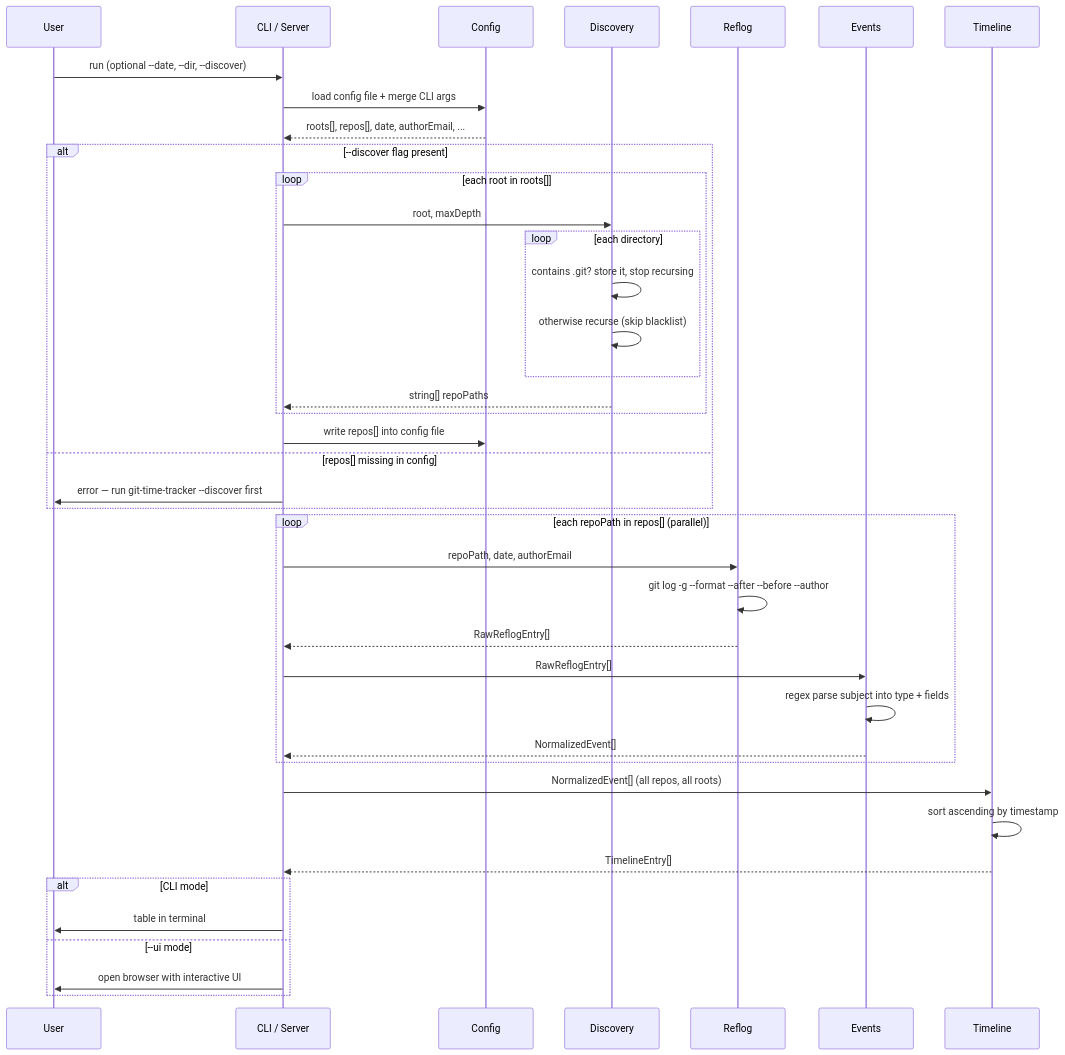
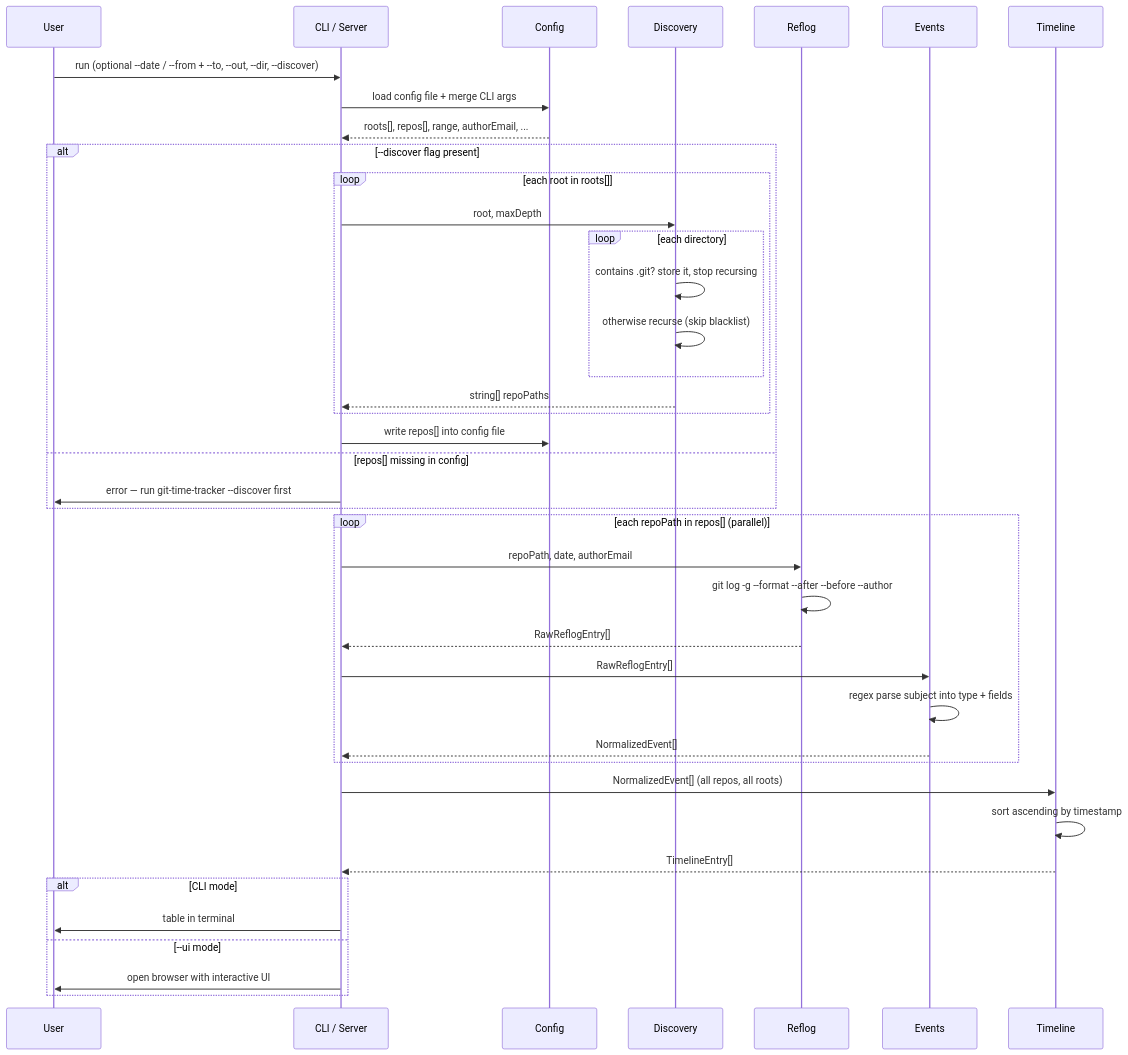
Before and after one commit to pilniczek/git-time-tracker: the third of 4 diagrams in git-time-tracker-architecture.md, drawn with Mermaid. The commit also changed other lines of this file and 16 other files, not shown here.

Commit message:
support date range

````diff
--- a/git-time-tracker-architecture.md
+++ b/git-time-tracker-architecture.md
@@ -178,47 +184,47 @@
 ```mermaid
 sequenceDiagram
     participant User
     participant CLI as CLI / Server
     participant Config
     participant Discovery
     participant Reflog
     participant Events
     participant Timeline
 
-    User->>CLI: run (optional --date, --dir, --discover)
+    User->>CLI: run (optional --date / --from + --to, --out, --dir, --discover)
     CLI->>Config: load config file + merge CLI args
-    Config-->>CLI: roots[], repos[], date, authorEmail, ...
+    Config-->>CLI: roots[], repos[], range, authorEmail, ...
 
     alt --discover flag present
         loop each root in roots[]
             CLI->>Discovery: root, maxDepth
             loop each directory
                 Discovery->>Discovery: contains .git? store it, stop recursing
                 Discovery->>Discovery: otherwise recurse (skip blacklist)
             end
             Discovery-->>CLI: string[] repoPaths
         end
         CLI->>Config: write repos[] into config file
     else repos[] missing in config
         CLI->>User: error — run git-time-tracker --discover first
     end
 
     loop each repoPath in repos[] (parallel)
         CLI->>Reflog: repoPath, date, authorEmail
         Reflog->>Reflog: git log -g --format --after --before --author
         Reflog-->>CLI: RawReflogEntry[]
         CLI->>Events: RawReflogEntry[]
         Events->>Events: regex parse subject into type + fields
         Events-->>CLI: NormalizedEvent[]
     end
 
     CLI->>Timeline: NormalizedEvent[] (all repos, all roots)
     Timeline->>Timeline: sort ascending by timestamp
     Timeline-->>CLI: TimelineEntry[]
 
     alt CLI mode
         CLI->>User: table in terminal
     else --ui mode
         CLI->>User: open browser with interactive UI
     end
 ```
````
